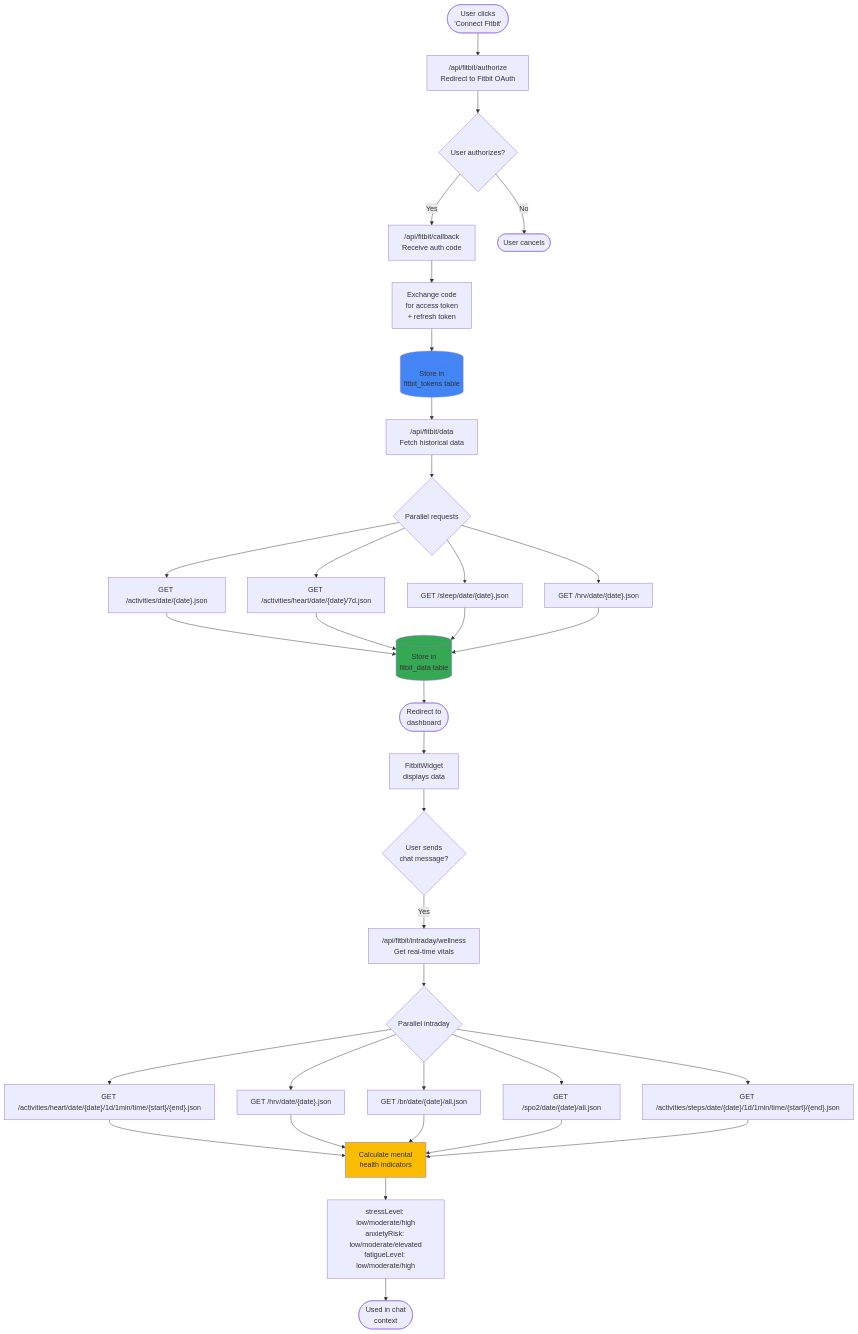
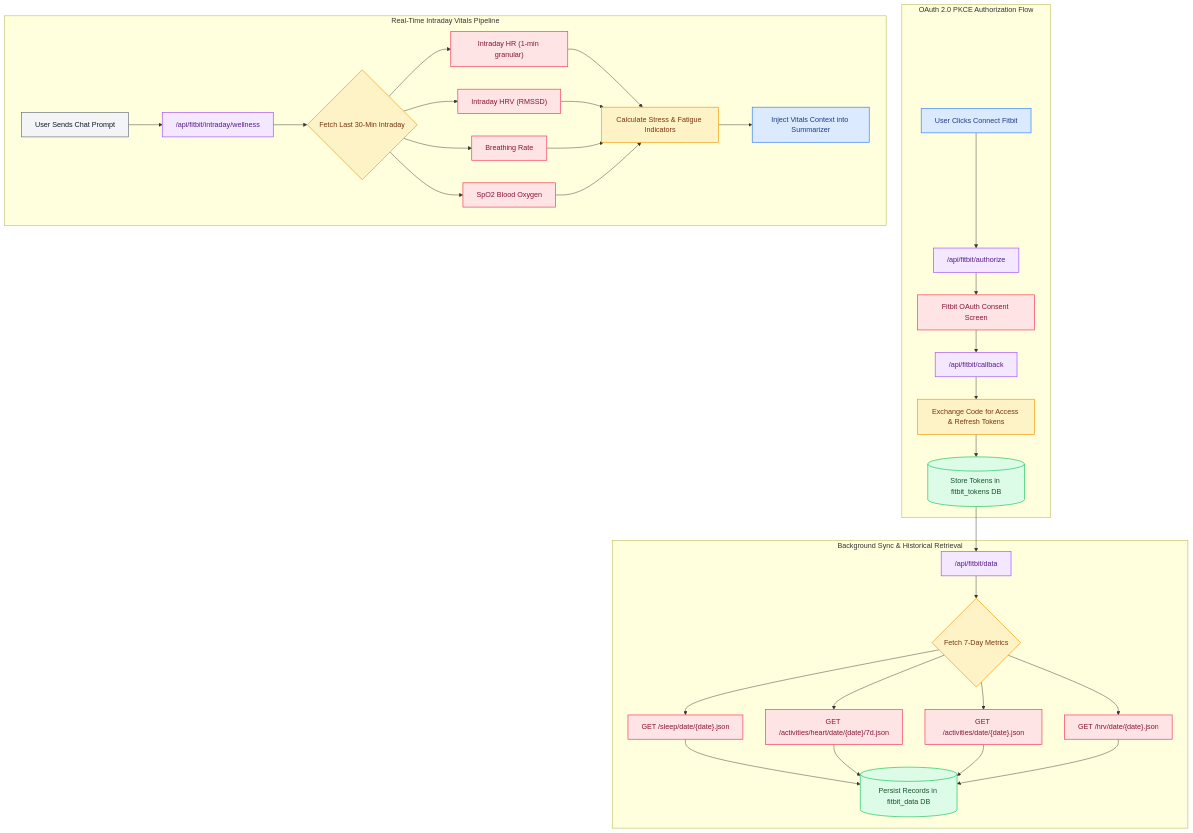
Before and after one commit to A5CENSION-SRT/Personalized-Mental-Wellness-Assistant: the fourth of 8 diagrams in DIAGRAMS.md, drawn with Mermaid. The commit also changed other lines of this file and 56 other files, not shown here.

````diff
--- a/DIAGRAMS.md
+++ b/DIAGRAMS.md
@@ -254,54 +191,42 @@
 ```mermaid
-graph TD
-    Start([User clicks<br/>'Connect Fitbit']) --> Authorize
-    
-    Authorize["/api/fitbit/authorize<br/>Redirect to Fitbit OAuth"]
-    Authorize --> FitbitConsent{User authorizes?}
-    
-    FitbitConsent -->|Yes| Callback["/api/fitbit/callback<br/>Receive auth code"]
-    FitbitConsent -->|No| Cancel([User cancels])
-    
-    Callback --> Exchange["Exchange code<br/>for access token<br/>+ refresh token"]
-    Exchange --> StoreTokens[(Store in<br/>fitbit_tokens table)]
-    
-    StoreTokens --> FetchData["/api/fitbit/data<br/>Fetch historical data"]
-    
-    FetchData --> Par1{Parallel requests}
-    Par1 --> Activity["GET /activities/date/{date}.json"]
-    Par1 --> Heart["GET /activities/heart/date/{date}/7d.json"]
-    Par1 --> Sleep["GET /sleep/date/{date}.json"]
-    Par1 --> HRV["GET /hrv/date/{date}.json"]
-    
-    Activity --> StoreDB[(Store in<br/>fitbit_data table)]
-    Heart --> StoreDB
-    Sleep --> StoreDB
-    HRV --> StoreDB
-    
-    StoreDB --> Redirect([Redirect to<br/>dashboard])
-    
-    Redirect --> Widget[FitbitWidget<br/>displays data]
-    
-    Widget --> Intraday{User sends<br/>chat message?}
-    Intraday -->|Yes| IntradayAPI["/api/fitbit/intraday/wellness<br/>Get real-time vitals"]
-    
-    IntradayAPI --> Par2{Parallel intraday}
-    Par2 --> IntradayHR["GET /activities/heart/date/{date}/1d/1min/time/{start}/{end}.json"]
-    Par2 --> IntradayHRV["GET /hrv/date/{date}.json"]
-    Par2 --> IntradayBreath["GET /br/date/{date}/all.json"]
-    Par2 --> IntradaySpO2["GET /spo2/date/{date}/all.json"]
-    Par2 --> IntradaySteps["GET /activities/steps/date/{date}/1d/1min/time/{start}/{end}.json"]
-    
-    IntradayHR --> Calculate[Calculate mental<br/>health indicators]
-    IntradayHRV --> Calculate
-    IntradayBreath --> Calculate
-    IntradaySpO2 --> Calculate
-    IntradaySteps --> Calculate
-    
-    Calculate --> Indicators["stressLevel: low/moderate/high<br/>anxietyRisk: low/moderate/elevated<br/>fatigueLevel: low/moderate/high"]
-    
-    Indicators --> Chat([Used in chat<br/>context])
-    
-    style StoreTokens fill:#4285f4
-    style StoreDB fill:#34a853
-    style Calculate fill:#fbbc04
+flowchart TD
+    subgraph OAuth["OAuth 2.0 PKCE Authorization Flow"]
+        Connect[User Clicks Connect Fitbit]:::frontend --> AuthRoute["/api/fitbit/authorize"]:::api
+        AuthRoute --> FitbitConsent[Fitbit OAuth Consent Screen]:::external
+        FitbitConsent --> CallbackRoute["/api/fitbit/callback"]:::api
+        CallbackRoute --> ExchangeToken[Exchange Code for Access & Refresh Tokens]:::agent
+        ExchangeToken --> StoreTokens[("Store Tokens in fitbit_tokens DB")]:::database
+    end
+
+    subgraph Sync["Background Sync & Historical Retrieval"]
+        StoreTokens --> HistoricalRoute["/api/fitbit/data"]:::api
+        HistoricalRoute --> ParallelFetch{Fetch 7-Day Metrics}:::agent
+        
+        ParallelFetch --> Sleep["GET /sleep/date/{date}.json"]:::external
+        ParallelFetch --> HR["GET /activities/heart/date/{date}/7d.json"]:::external
+        ParallelFetch --> Activity["GET /activities/date/{date}.json"]:::external
+        ParallelFetch --> HRV["GET /hrv/date/{date}.json"]:::external
+        
+        Sleep & HR & Activity & HRV --> StoreFitbitDB[("Persist Records in fitbit_data DB")]:::database
+    end
+
+    subgraph Intraday["Real-Time Intraday Vitals Pipeline"]
+        ChatMessage[User Sends Chat Prompt]:::user --> IntradayRoute["/api/fitbit/intraday/wellness"]:::api
+        IntradayRoute --> Fetch30Min{Fetch Last 30-Min Intraday}:::agent
+        
+        Fetch30Min --> IntraHR["Intraday HR (1-min granular)"]:::external
+        Fetch30Min --> IntraHRV["Intraday HRV (RMSSD)"]:::external
+        Fetch30Min --> IntraBreath["Breathing Rate"]:::external
+        Fetch30Min --> IntraSpO2["SpO2 Blood Oxygen"]:::external
+        
+        IntraHR & IntraHRV & IntraBreath & IntraSpO2 --> CalcIndicators[Calculate Stress & Fatigue Indicators]:::agent
+        CalcIndicators --> PromptContext[Inject Vitals Context into Summarizer]:::frontend
+    end
+
+    classDef user fill:#f3f4f6,stroke:#6b7280,stroke-width:1.5px,color:#111827;
+    classDef frontend fill:#dbeafe,stroke:#3b82f6,stroke-width:1.5px,color:#1e3a8a;
+    classDef api fill:#f3e8ff,stroke:#a855f7,stroke-width:1.5px,color:#581c87;
+    classDef agent fill:#fef3c7,stroke:#f59e0b,stroke-width:1.5px,color:#78350f;
+    classDef database fill:#dcfce7,stroke:#22c55e,stroke-width:1.5px,color:#14532d;
+    classDef external fill:#ffe4e6,stroke:#f43f5e,stroke-width:1.5px,color:#881337;
 ```
````
